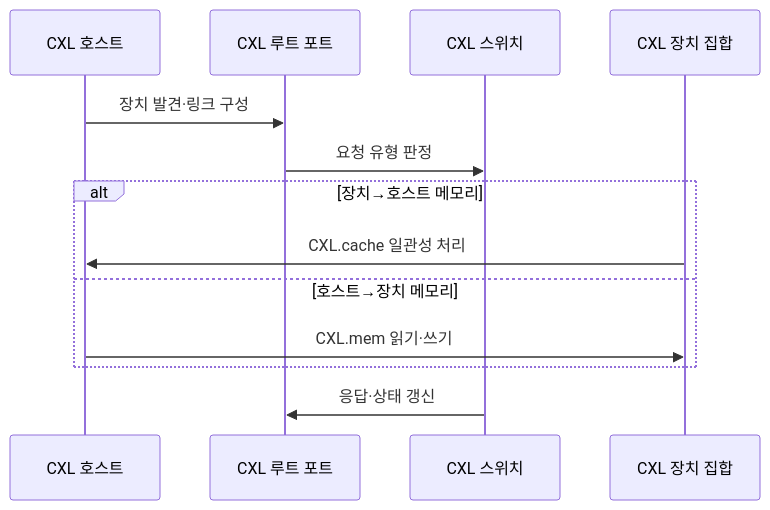
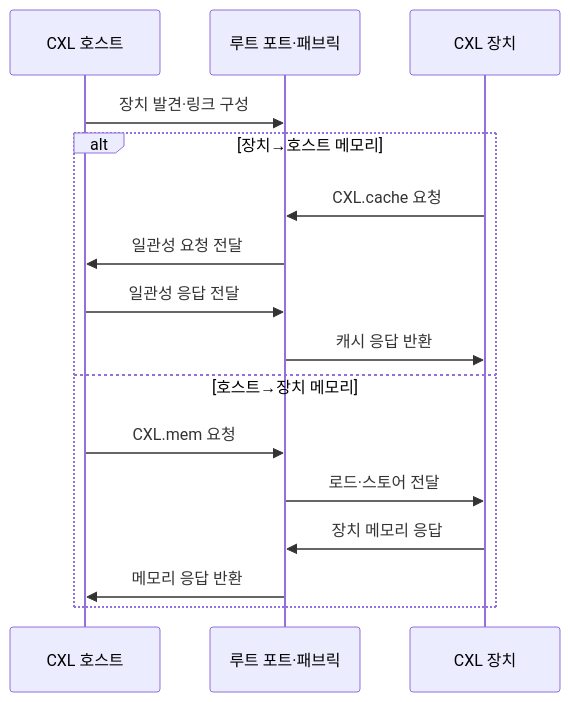
One commit to agnusdei1207/knowledge-base changed the second of 2 diagrams in src/content/docs/notes/02-hardware/028_cxl.md. Above: the diagram before and after it, drawn with Mermaid. The commit also changed other lines of this file and 7 other files, not shown here.

````diff
--- a/src/content/docs/notes/02-hardware/028_cxl.md
+++ b/src/content/docs/notes/02-hardware/028_cxl.md
@@ -86,15 +86,18 @@
 ```mermaid
 sequenceDiagram
     participant H as CXL 호스트
-    participant R as CXL 루트 포트
-    participant S as CXL 스위치
-    participant D as CXL 장치 집합
-    H->>R: 장치 발견·링크 구성
-    R->>S: 요청 유형 판정
+    participant F as 루트 포트·패브릭
+    participant D as CXL 장치
+    H->>F: 장치 발견·링크 구성
     alt 장치→호스트 메모리
-        D->>H: CXL.cache 일관성 처리
+        D->>F: CXL.cache 요청
+        F->>H: 일관성 요청 전달
+        H->>F: 일관성 응답 전달
+        F->>D: 캐시 응답 반환
     else 호스트→장치 메모리
-        H->>D: CXL.mem 읽기·쓰기
+        H->>F: CXL.mem 요청
+        F->>D: 로드·스토어 전달
+        D->>F: 장치 메모리 응답
+        F->>H: 메모리 응답 반환
     end
-    S->>R: 응답·상태 갱신
 ```
````
